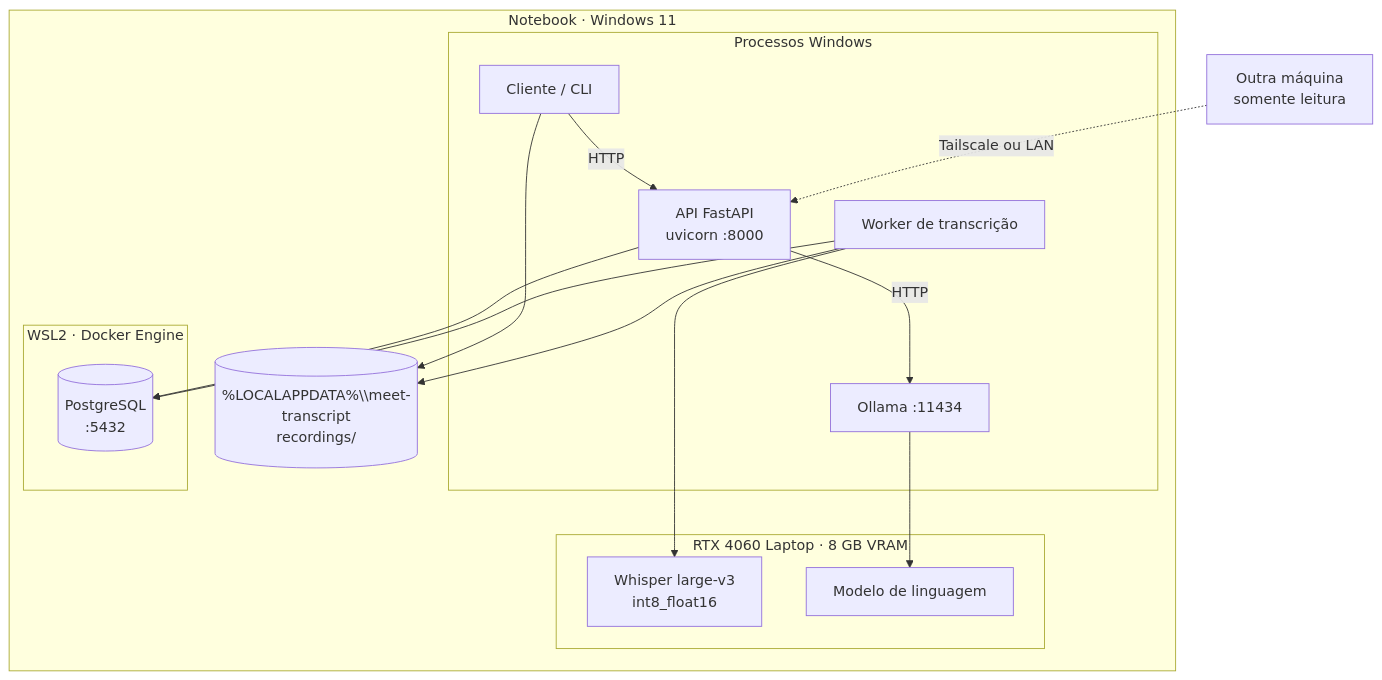
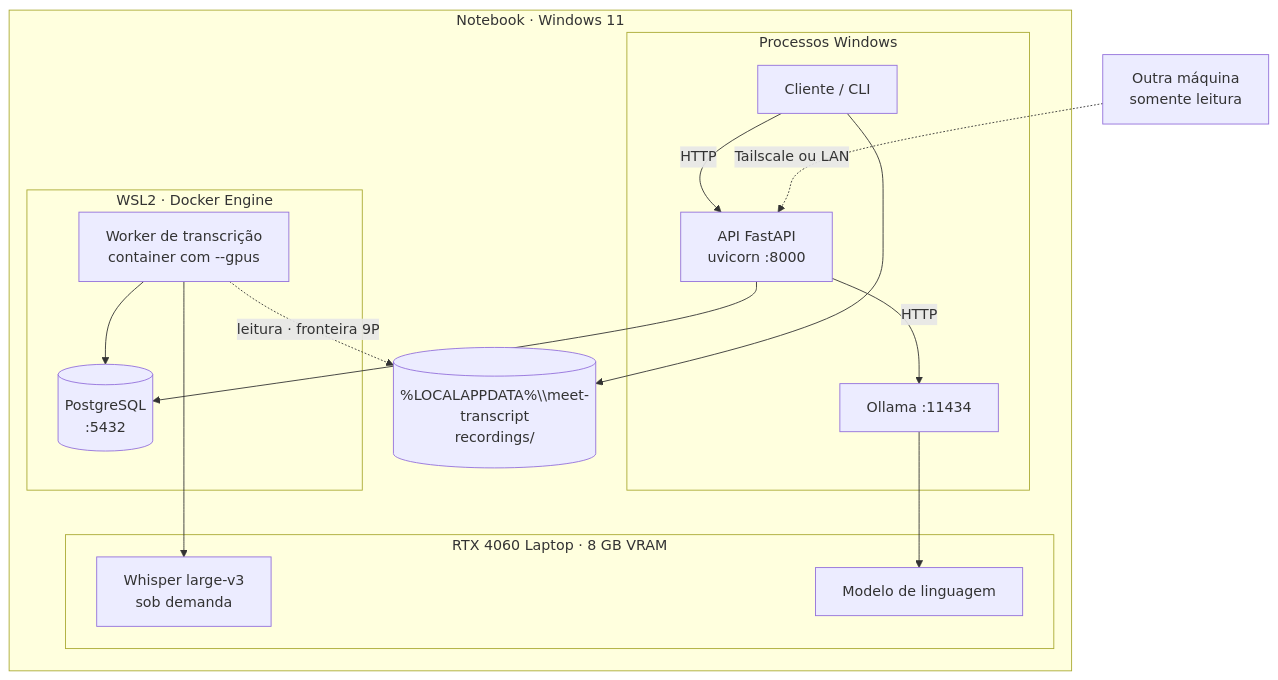
Before and after one commit to daniloladeira/cronista: the second of 5 diagrams in docs/07-arquitetura.md, drawn with Mermaid. The commit also changed other lines of this file and 8 other files, not shown here.

First line of the commit message:
ADR-0014: worker de transcrição em container com GPU

````diff
--- a/docs/07-arquitetura.md
+++ b/docs/07-arquitetura.md
@@ -94,31 +94,31 @@
 ```mermaid
 flowchart TB
     subgraph PC["Notebook · Windows 11"]
         subgraph WinProc["Processos Windows"]
             CLIP["Cliente / CLI"]
             APIP["API FastAPI<br/>uvicorn :8000"]
-            WKP["Worker de transcrição"]
             OLLP["Ollama :11434"]
         end
+        FS[("%LOCALAPPDATA%\\meet-transcript<br/>recordings/")]
+        subgraph WSL["WSL2 · Docker Engine"]
+            PG[("PostgreSQL<br/>:5432")]
+            WKP["Worker de transcrição<br/>container com --gpus"]
+        end
         subgraph GPUN["RTX 4060 Laptop · 8 GB VRAM"]
-            WMODEL["Whisper large-v3<br/>int8_float16"]
+            WMODEL["Whisper large-v3<br/>sob demanda"]
             LMODEL["Modelo de linguagem"]
         end
-        subgraph WSL["WSL2 · Docker Engine"]
-            PG[("PostgreSQL<br/>:5432")]
-        end
-        FS[("%LOCALAPPDATA%\\meet-transcript<br/>recordings/")]
     end
 
     OUTRA["Outra máquina<br/>somente leitura"]
 
     CLIP --> FS
     CLIP -->|HTTP| APIP
-    WKP --> FS
+    WKP -.->|leitura · fronteira 9P| FS
     WKP --> WMODEL
     OLLP --> LMODEL
     APIP --> PG
     WKP --> PG
     APIP -->|HTTP| OLLP
     OUTRA -.->|Tailscale ou LAN| APIP
 ```
````
